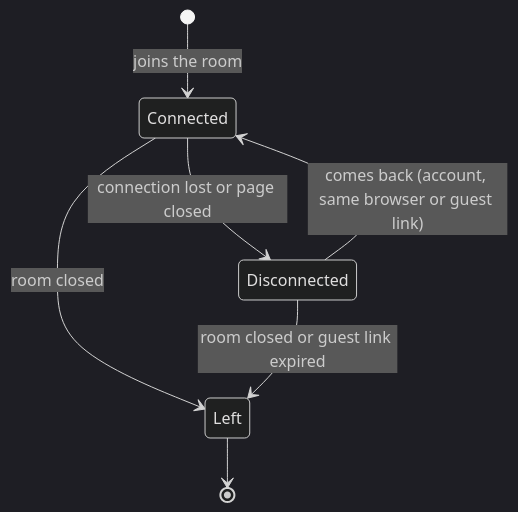
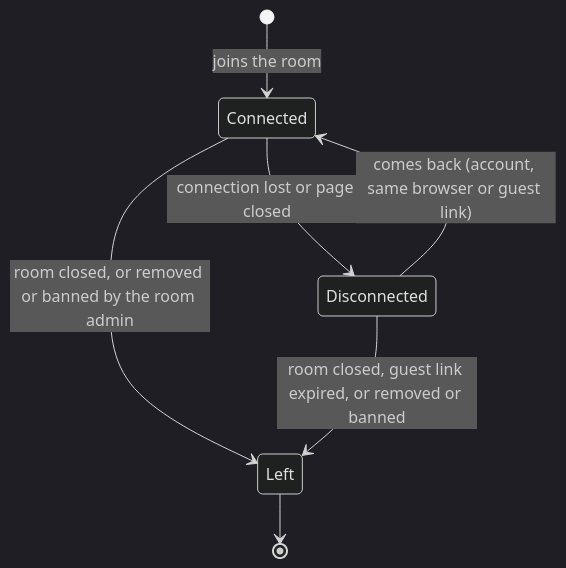
Before and after one commit to Bagra67/TierList: the third of 3 diagrams in docs/product/milestone-1/lifecycles.md, drawn with Mermaid (dark theme). The commit also changed other lines of this file and 49 other files, not shown here.

````diff
--- a/docs/product/milestone-1/lifecycles.md
+++ b/docs/product/milestone-1/lifecycles.md
@@ -76,9 +76,9 @@
 ```mermaid
 stateDiagram-v2
     [*] --> Connected : joins the room
     Connected --> Disconnected : connection lost or page closed
     Disconnected --> Connected : comes back (account, same browser or guest link)
-    Connected --> Left : room closed
-    Disconnected --> Left : room closed or guest link expired
+    Connected --> Left : room closed, or removed or banned by the room admin
+    Disconnected --> Left : room closed, guest link expired, or removed or banned
     Left --> [*]
 ```
````
